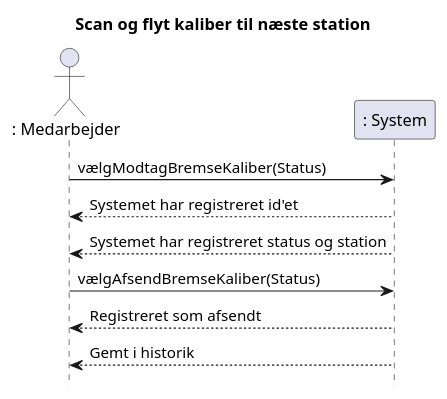
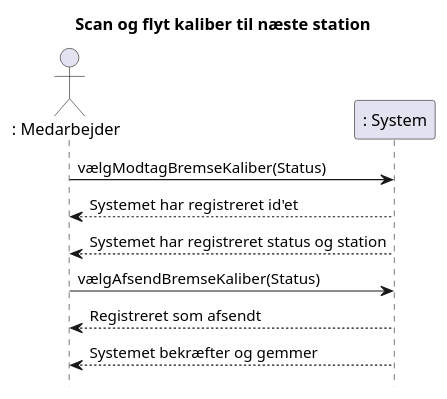
The diagram in Adfærdsartefakter/Systemsekvensdiagram(SSD).plantuml (senan2315/Team-5A-Budweg), drawn with PlantUML before and after one commit. The commit also changed 2 other files, not shown here.

```diff
--- a/Adfærdsartefakter/Systemsekvensdiagram(SSD).plantuml
+++ b/Adfærdsartefakter/Systemsekvensdiagram(SSD).plantuml
@@ -1,18 +1,18 @@
 @startuml SSD
 title Scan og flyt kaliber til næste station
 
 Actor ": Medarbejder" as Medarbejder
 participant ": System" as System
 
 Medarbejder -> System: vælgModtagBremseKaliber(Status)
 System --> Medarbejder: Systemet har registreret id'et
 System --> Medarbejder: Systemet har registreret status og station
 
 Medarbejder -> System: vælgAfsendBremseKaliber(Status)
 System --> Medarbejder: Registreret som afsendt
-System --> Medarbejder: Gemt i historik
+System --> Medarbejder: Systemet bekræfter og gemmer
 
 
 hide footbox
 
 @enduml
```
